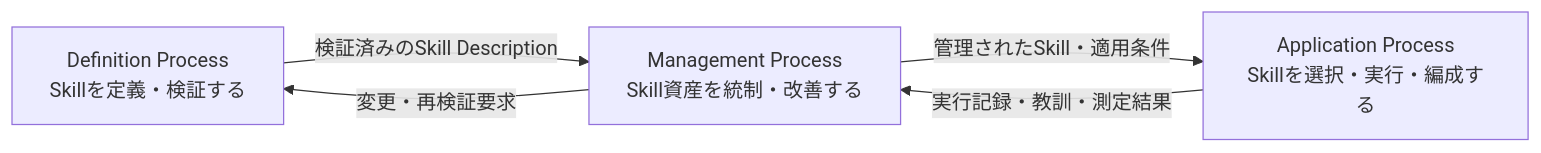
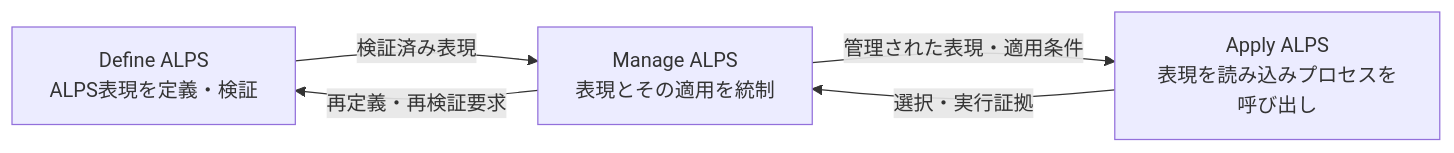
The diagram in docs/ja/README.md (mashimashica/alps), drawn with Mermaid before and after one commit. The commit also changed other lines of this file and 52 other files, not shown here.

````diff
--- a/docs/ja/README.md
+++ b/docs/ja/README.md
@@ -84,11 +88,11 @@
 ```mermaid
 flowchart LR
-    DEFINE["Definition Process<br/>Skillを定義・検証する"]
-    MANAGE["Management Process<br/>Skill資産を統制・改善する"]
-    APPLY["Application Process<br/>Skillを選択・実行・編成する"]
+    DEFINE["Define ALPS<br/>ALPS表現を定義・検証"]
+    MANAGE["Manage ALPS<br/>表現とその適用を統制"]
+    APPLY["Apply ALPS<br/>表現を読み込みプロセスを呼び出し"]
 
-    DEFINE -->|"検証済みのSkill Description"| MANAGE
-    MANAGE -->|"管理されたSkill・適用条件"| APPLY
-    APPLY -->|"実行記録・教訓・測定結果"| MANAGE
-    MANAGE -->|"変更・再検証要求"| DEFINE
+    DEFINE -->|"検証済み表現"| MANAGE
+    MANAGE -->|"管理された表現・適用条件"| APPLY
+    APPLY -->|"選択・実行証拠"| MANAGE
+    MANAGE -->|"再定義・再検証要求"| DEFINE
 ```
````
